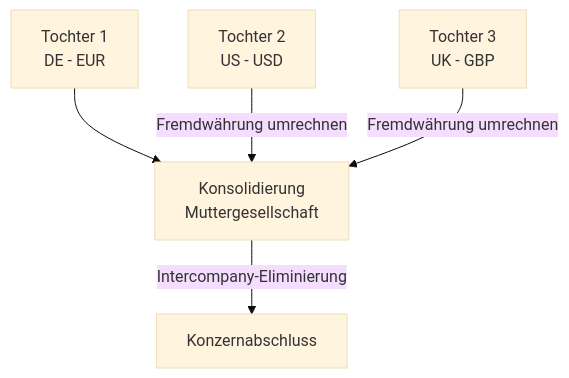
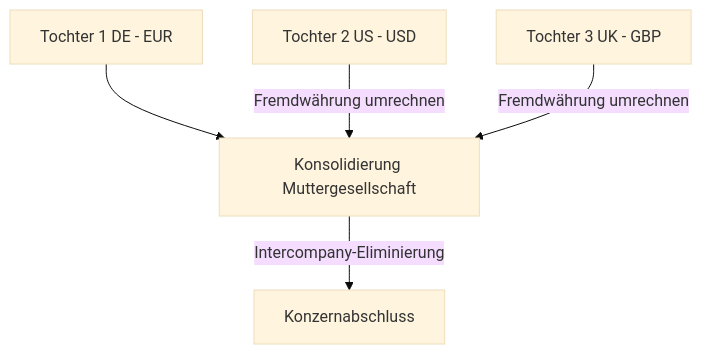
The fifth of 6 diagrams in Microsoft 365/Dynamics 365/Dynamics 365 Finance.md (SoniiiT/notes-n-docs), drawn with Mermaid (base theme) before and after one commit. The commit also changed other lines of this file and 124 other files, not shown here.

First line of the commit message:
fix: Entferne \n aus allen Mermaid-Diagrammen (125 Dateien)

````diff
--- a/Microsoft 365/Dynamics 365/Dynamics 365 Finance.md
+++ b/Microsoft 365/Dynamics 365/Dynamics 365 Finance.md
@@ -232,7 +232,7 @@
 ```mermaid
 graph TD
-    SUB1[Tochter 1\nDE - EUR] --> CONS[Konsolidierung\nMuttergesellschaft]
-    SUB2[Tochter 2\nUS - USD] -->|Fremdwährung umrechnen| CONS
-    SUB3[Tochter 3\nUK - GBP] -->|Fremdwährung umrechnen| CONS
+    SUB1[Tochter 1 DE - EUR] --> CONS[Konsolidierung Muttergesellschaft]
+    SUB2[Tochter 2 US - USD] -->|Fremdwährung umrechnen| CONS
+    SUB3[Tochter 3 UK - GBP] -->|Fremdwährung umrechnen| CONS
     CONS -->|Intercompany-Eliminierung| FINAL[Konzernabschluss]
 ```
````
